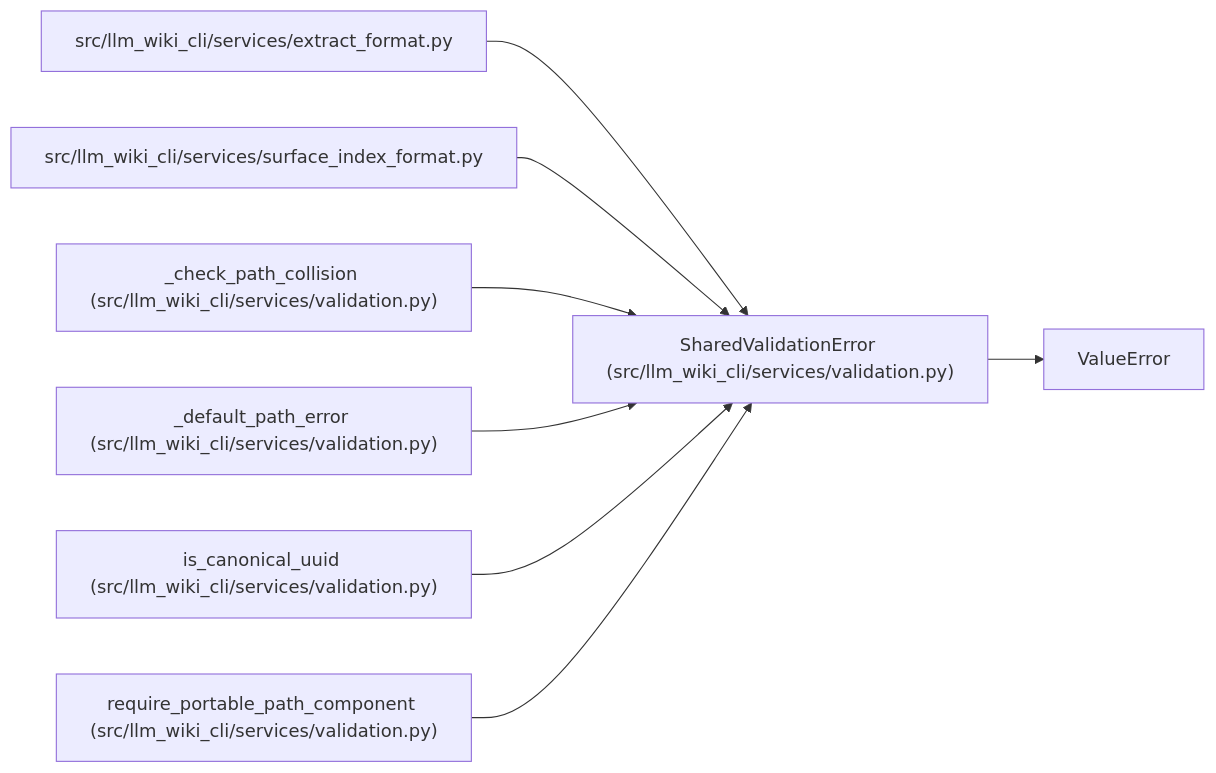
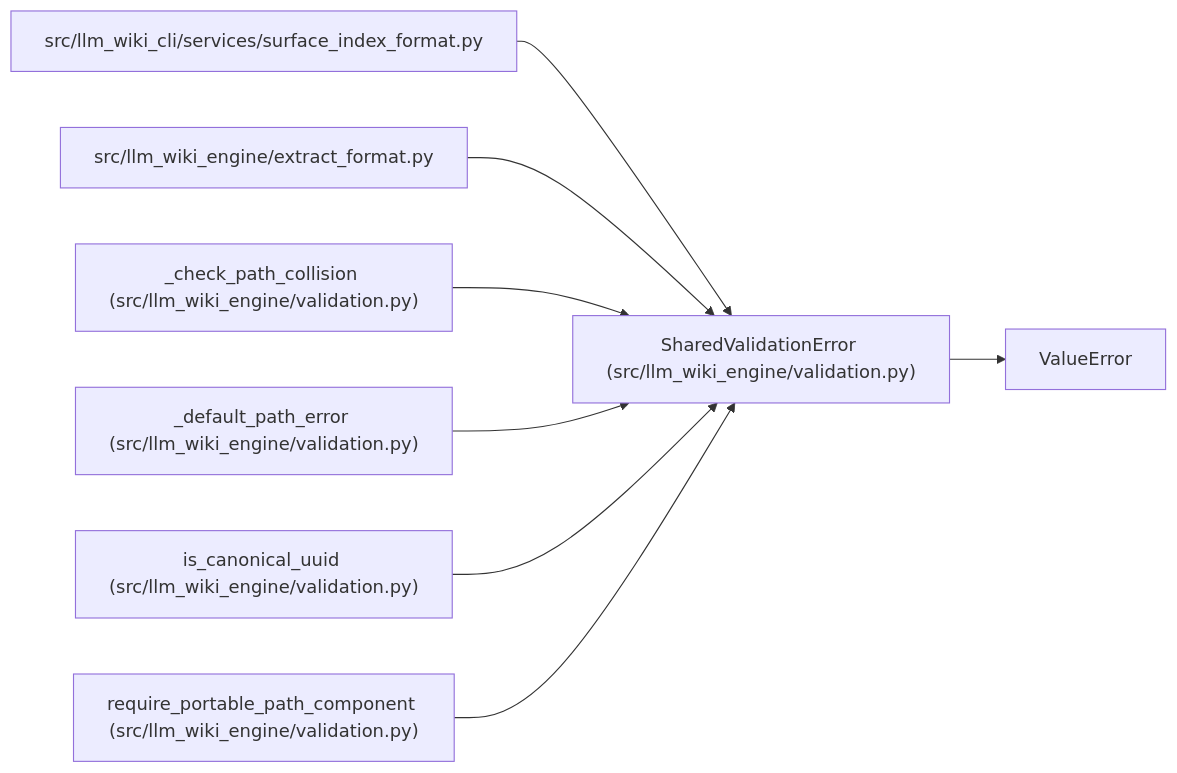
The diagram in docs/llm_wiki/entities/SharedValidationError.md (Denissvgn/python-wiki-llm), drawn with Mermaid before and after one commit. The commit also changed other lines of this file and 1103 other files, not shown here.

First line of the commit message:
docs: refresh the wiki for the llm-wiki-engine distribution

````diff
--- a/docs/llm_wiki/entities/SharedValidationError.md
+++ b/docs/llm_wiki/entities/SharedValidationError.md
@@ -23,25 +23,25 @@
 ```mermaid
 flowchart LR
-    n0["SharedValidationError (src/llm_wiki_cli/services/validation.py)"]
+    n0["SharedValidationError (src/llm_wiki_engine/validation.py)"]
     n1["ValueError"]
-    n2["src/llm_wiki_cli/services/extract_format.py"]
-    n3["src/llm_wiki_cli/services/surface_index_format.py"]
-    n4["_check_path_collision (src/llm_wiki_cli/services/validation.py)"]
-    n5["_default_path_error (src/llm_wiki_cli/services/validation.py)"]
-    n6["is_canonical_uuid (src/llm_wiki_cli/services/validation.py)"]
-    n7["require_portable_path_component (src/llm_wiki_cli/services/validation.py)"]
+    n2["src/llm_wiki_cli/services/surface_index_format.py"]
+    n3["src/llm_wiki_engine/extract_format.py"]
+    n4["_check_path_collision (src/llm_wiki_engine/validation.py)"]
+    n5["_default_path_error (src/llm_wiki_engine/validation.py)"]
+    n6["is_canonical_uuid (src/llm_wiki_engine/validation.py)"]
+    n7["require_portable_path_component (src/llm_wiki_engine/validation.py)"]
     n0 --> n1
     n2 --> n0
     n3 --> n0
     n4 --> n0
     n5 --> n0
     n6 --> n0
     n7 --> n0
     click n0 "../modules/validation.md"
-    click n2 "../modules/extract_format.md"
-    click n3 "../modules/surface_index_format.md"
+    click n2 "../modules/surface_index_format.md"
+    click n3 "../modules/extract_format.md"
     click n4 "../modules/validation.md"
     click n5 "../modules/validation.md"
     click n6 "../modules/validation.md"
     click n7 "../modules/validation.md"
 ```
````
